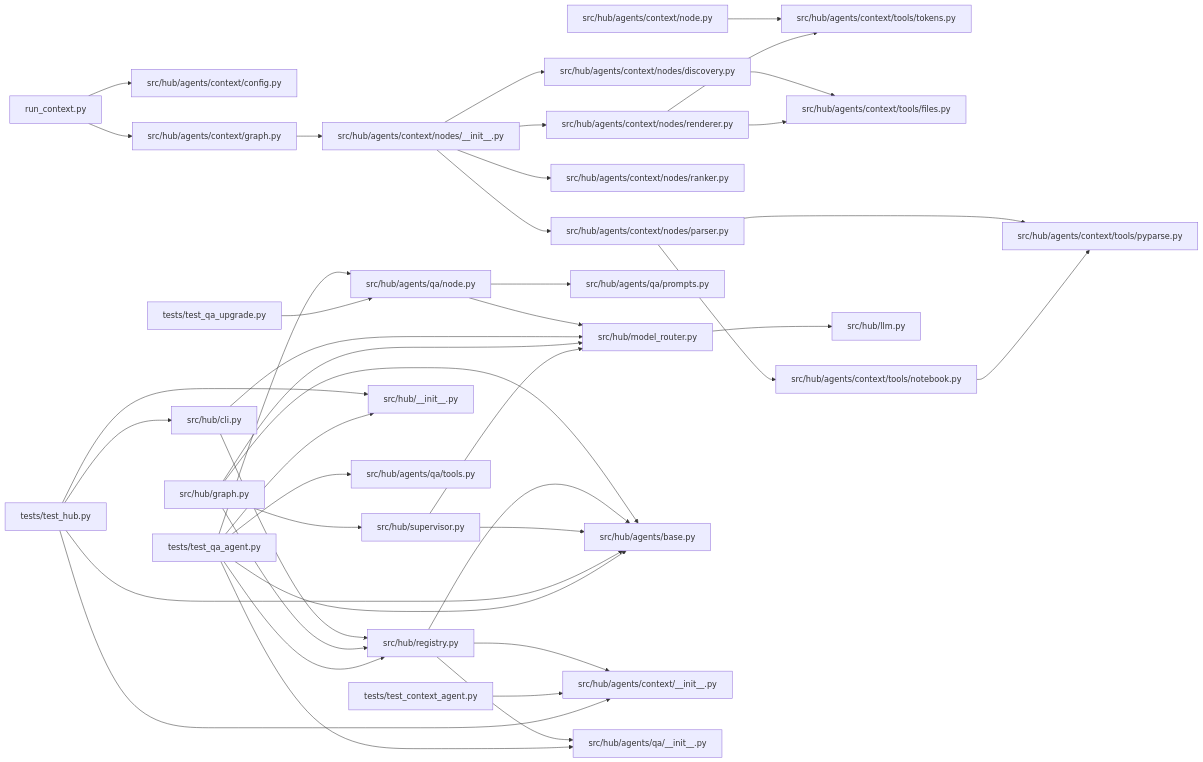
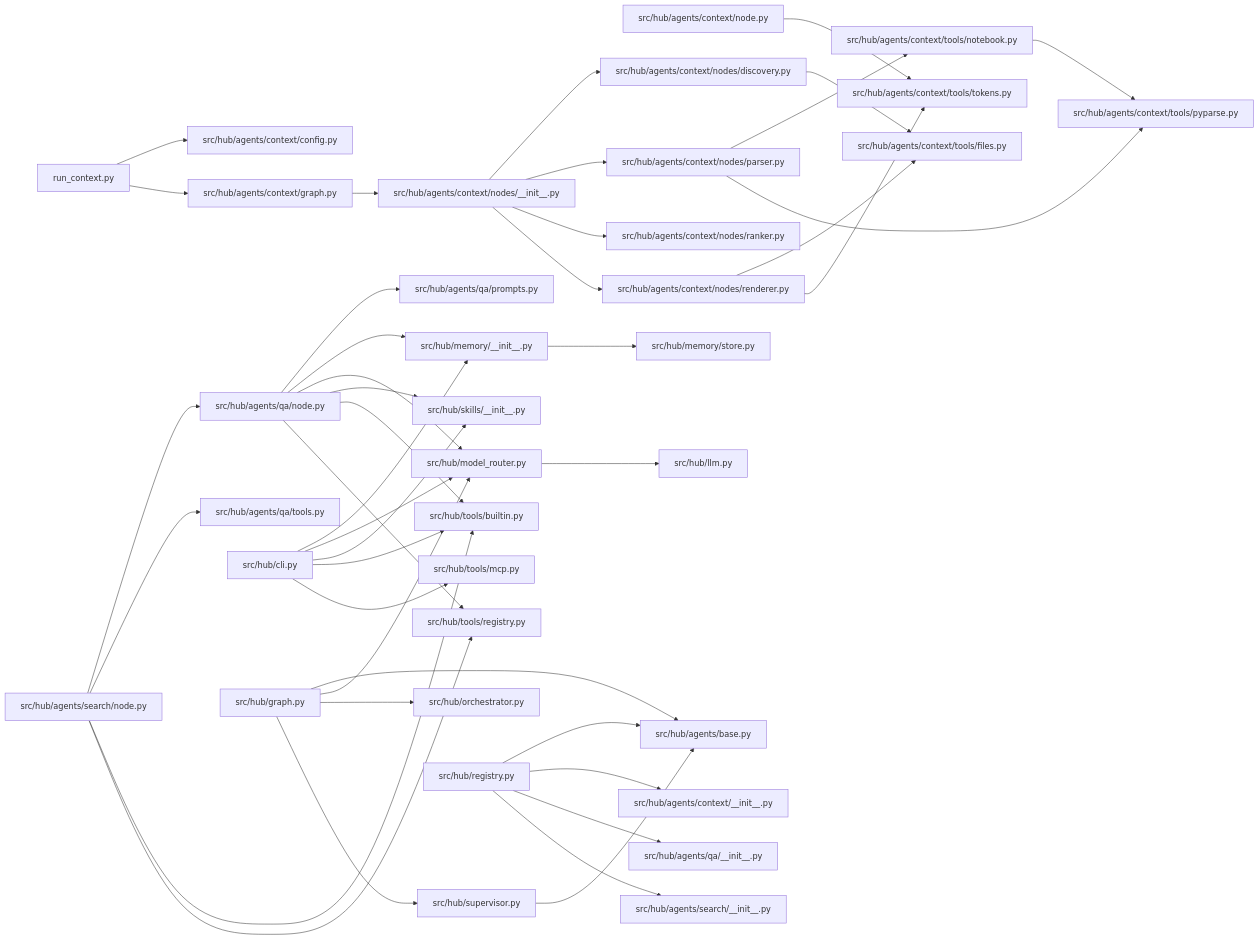
Before and after one commit to MinhTrietPhan/multiagent-free: the diagram in PROJECT_CONTEXT_full.md, drawn with Mermaid. The commit also changed other lines of this file and 63 other files, not shown here.

````diff
--- a/PROJECT_CONTEXT_full.md
+++ b/PROJECT_CONTEXT_full.md
@@ -70,44 +87,44 @@
 ```mermaid
 graph LR
   run_context_py["run_context.py"] --> src_hub_agents_context_config_py["src/hub/agents/context/config.py"]
   run_context_py["run_context.py"] --> src_hub_agents_context_graph_py["src/hub/agents/context/graph.py"]
   src_hub_agents_context_graph_py["src/hub/agents/context/graph.py"] --> src_hub_agents_context_nodes___init___py["src/hub/agents/context/nodes/__init__.py"]
   src_hub_agents_context_node_py["src/hub/agents/context/node.py"] --> src_hub_agents_context_tools_tokens_py["src/hub/agents/context/tools/tokens.py"]
   src_hub_agents_context_nodes___init___py["src/hub/agents/context/nodes/__init__.py"] --> src_hub_agents_context_nodes_discovery_py["src/hub/agents/context/nodes/discovery.py"]
   src_hub_agents_context_nodes___init___py["src/hub/agents/context/nodes/__init__.py"] --> src_hub_agents_context_nodes_parser_py["src/hub/agents/context/nodes/parser.py"]
   src_hub_agents_context_nodes___init___py["src/hub/agents/context/nodes/__init__.py"] --> src_hub_agents_context_nodes_ranker_py["src/hub/agents/context/nodes/ranker.py"]
   src_hub_agents_context_nodes___init___py["src/hub/agents/context/nodes/__init__.py"] --> src_hub_agents_context_nodes_renderer_py["src/hub/agents/context/nodes/renderer.py"]
   src_hub_agents_context_nodes_discovery_py["src/hub/agents/context/nodes/discovery.py"] --> src_hub_agents_context_tools_files_py["src/hub/agents/context/tools/files.py"]
   src_hub_agents_context_nodes_parser_py["src/hub/agents/context/nodes/parser.py"] --> src_hub_agents_context_tools_notebook_py["src/hub/agents/context/tools/notebook.py"]
   src_hub_agents_context_nodes_parser_py["src/hub/agents/context/nodes/parser.py"] --> src_hub_agents_context_tools_pyparse_py["src/hub/agents/context/tools/pyparse.py"]
   src_hub_agents_context_nodes_renderer_py["src/hub/agents/context/nodes/renderer.py"] --> src_hub_agents_context_tools_files_py["src/hub/agents/context/tools/files.py"]
   src_hub_agents_context_nodes_renderer_py["src/hub/agents/context/nodes/renderer.py"] --> src_hub_agents_context_tools_tokens_py["src/hub/agents/context/tools/tokens.py"]
   src_hub_agents_context_tools_notebook_py["src/hub/agents/context/tools/notebook.py"] --> src_hub_agents_context_tools_pyparse_py["src/hub/agents/context/tools/pyparse.py"]
   src_hub_agents_qa_node_py["src/hub/agents/qa/node.py"] --> src_hub_agents_qa_prompts_py["src/hub/agents/qa/prompts.py"]
+  src_hub_agents_qa_node_py["src/hub/agents/qa/node.py"] --> src_hub_memory___init___py["src/hub/memory/__init__.py"]
   src_hub_agents_qa_node_py["src/hub/agents/qa/node.py"] --> src_hub_model_router_py["src/hub/model_router.py"]
+  src_hub_agents_qa_node_py["src/hub/agents/qa/node.py"] --> src_hub_skills___init___py["src/hub/skills/__init__.py"]
+  src_hub_agents_qa_node_py["src/hub/agents/qa/node.py"] --> src_hub_tools_builtin_py["src/hub/tools/builtin.py"]
+  src_hub_agents_qa_node_py["src/hub/agents/qa/node.py"] --> src_hub_tools_registry_py["src/hub/tools/registry.py"]
+  src_hub_agents_search_node_py["src/hub/agents/search/node.py"] --> src_hub_agents_qa_node_py["src/hub/agents/qa/node.py"]
+  src_hub_agents_search_node_py["src/hub/agents/search/node.py"] --> src_hub_agents_qa_tools_py["src/hub/agents/qa/tools.py"]
+  src_hub_agents_search_node_py["src/hub/agents/search/node.py"] --> src_hub_tools_builtin_py["src/hub/tools/builtin.py"]
+  src_hub_agents_search_node_py["src/hub/agents/search/node.py"] --> src_hub_tools_registry_py["src/hub/tools/registry.py"]
+  src_hub_cli_py["src/hub/cli.py"] --> src_hub_memory___init___py["src/hub/memory/__init__.py"]
   src_hub_cli_py["src/hub/cli.py"] --> src_hub_model_router_py["src/hub/model_router.py"]
-  src_hub_cli_py["src/hub/cli.py"] --> src_hub_registry_py["src/hub/registry.py"]
+  src_hub_cli_py["src/hub/cli.py"] --> src_hub_skills___init___py["src/hub/skills/__init__.py"]
+  src_hub_cli_py["src/hub/cli.py"] --> src_hub_tools_builtin_py["src/hub/tools/builtin.py"]
+  src_hub_cli_py["src/hub/cli.py"] --> src_hub_tools_mcp_py["src/hub/tools/mcp.py"]
   src_hub_graph_py["src/hub/graph.py"] --> src_hub_agents_base_py["src/hub/agents/base.py"]
   src_hub_graph_py["src/hub/graph.py"] --> src_hub_model_router_py["src/hub/model_router.py"]
-  src_hub_graph_py["src/hub/graph.py"] --> src_hub_registry_py["src/hub/registry.py"]
+  src_hub_graph_py["src/hub/graph.py"] --> src_hub_orchestrator_py["src/hub/orchestrator.py"]
   src_hub_graph_py["src/hub/graph.py"] --> src_hub_supervisor_py["src/hub/supervisor.py"]
+  src_hub_memory___init___py["src/hub/memory/__init__.py"] --> src_hub_memory_store_py["src/hub/memory/store.py"]
   src_hub_model_router_py["src/hub/model_router.py"] --> src_hub_llm_py["src/hub/llm.py"]
   src_hub_registry_py["src/hub/registry.py"] --> src_hub_agents_base_py["src/hub/agents/base.py"]
   src_hub_registry_py["src/hub/registry.py"] --> src_hub_agents_context___init___py["src/hub/agents/context/__init__.py"]
   src_hub_registry_py["src/hub/registry.py"] --> src_hub_agents_qa___init___py["src/hub/agents/qa/__init__.py"]
+  src_hub_registry_py["src/hub/registry.py"] --> src_hub_agents_search___init___py["src/hub/agents/search/__init__.py"]
   src_hub_supervisor_py["src/hub/supervisor.py"] --> src_hub_agents_base_py["src/hub/agents/base.py"]
-  src_hub_supervisor_py["src/hub/supervisor.py"] --> src_hub_model_router_py["src/hub/model_router.py"]
-  tests_test_context_agent_py["tests/test_context_agent.py"] --> src_hub_agents_context___init___py["src/hub/agents/context/__init__.py"]
-  tests_test_hub_py["tests/test_hub.py"] --> src_hub___init___py["src/hub/__init__.py"]
-  tests_test_hub_py["tests/test_hub.py"] --> src_hub_agents_base_py["src/hub/agents/base.py"]
-  tests_test_hub_py["tests/test_hub.py"] --> src_hub_agents_context___init___py["src/hub/agents/context/__init__.py"]
-  tests_test_hub_py["tests/test_hub.py"] --> src_hub_cli_py["src/hub/cli.py"]
-  tests_test_qa_agent_py["tests/test_qa_agent.py"] --> src_hub___init___py["src/hub/__init__.py"]
-  tests_test_qa_agent_py["tests/test_qa_agent.py"] --> src_hub_agents_base_py["src/hub/agents/base.py"]
-  tests_test_qa_agent_py["tests/test_qa_agent.py"] --> src_hub_agents_qa___init___py["src/hub/agents/qa/__init__.py"]
-  tests_test_qa_agent_py["tests/test_qa_agent.py"] --> src_hub_agents_qa_node_py["src/hub/agents/qa/node.py"]
-  tests_test_qa_agent_py["tests/test_qa_agent.py"] --> src_hub_agents_qa_tools_py["src/hub/agents/qa/tools.py"]
-  tests_test_qa_agent_py["tests/test_qa_agent.py"] --> src_hub_registry_py["src/hub/registry.py"]
-  tests_test_qa_upgrade_py["tests/test_qa_upgrade.py"] --> src_hub_agents_qa_node_py["src/hub/agents/qa/node.py"]
-  %% +1 more edges omitted
+  %% +19 more edges omitted
 ```
````
